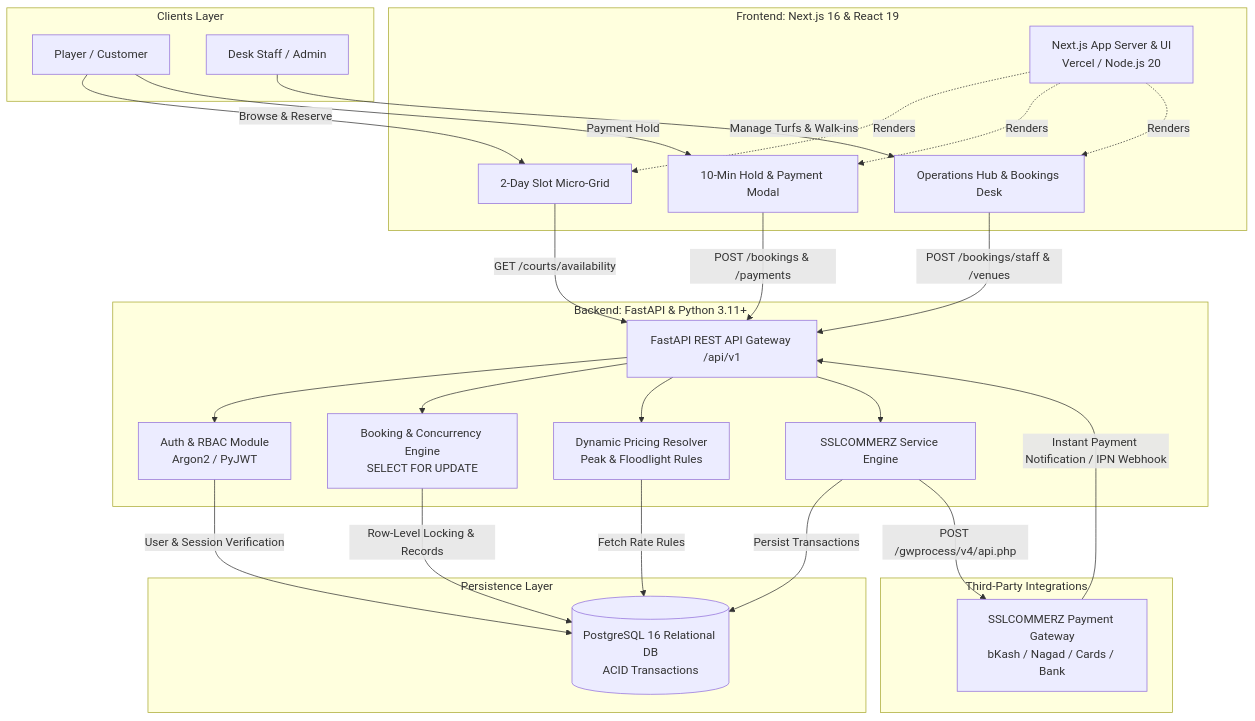
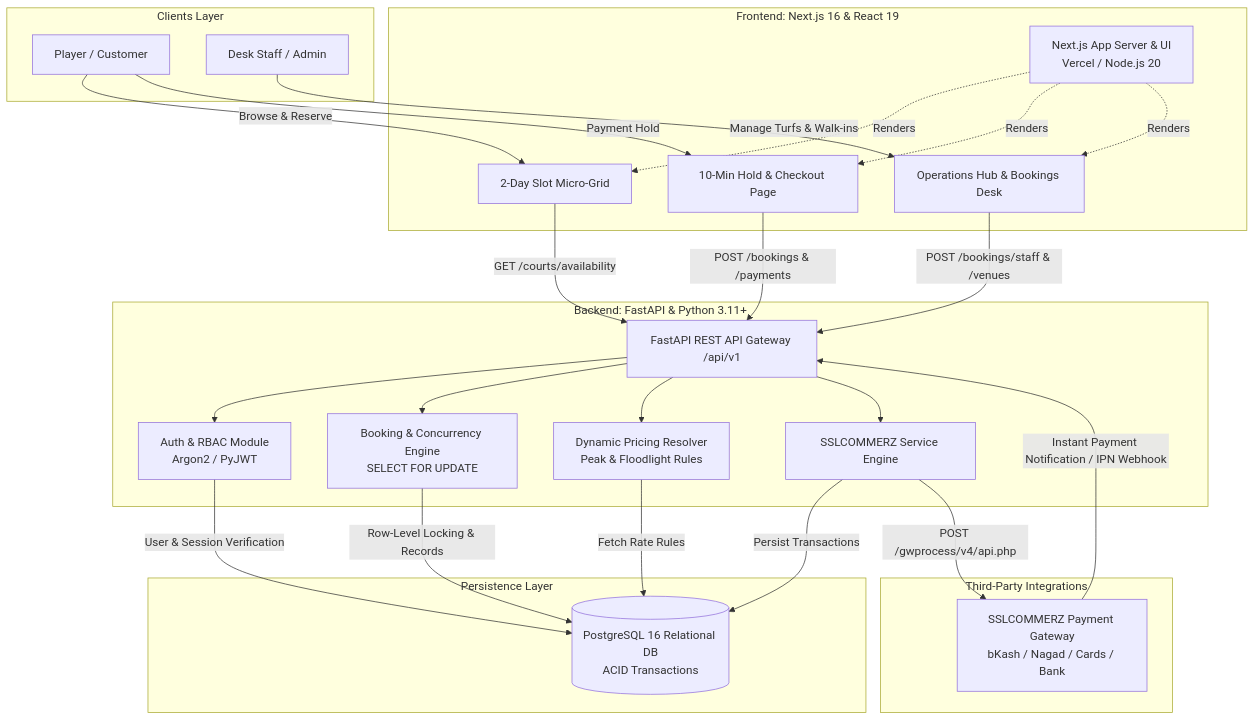
Before and after one commit to CUET-Synesis-IT/turfmate: the first of 7 diagrams in docs/ARCHITECTURE.md, drawn with Mermaid. The commit also changed other lines of this file and 7 other files, not shown here.

````diff
--- a/docs/ARCHITECTURE.md
+++ b/docs/ARCHITECTURE.md
@@ -23,59 +23,59 @@
 ```mermaid
 flowchart TD
     subgraph Clients [Clients Layer]
         Player[Player / Customer]
         StaffUser[Desk Staff / Admin]
     end
 
     subgraph Frontend [Frontend: Next.js 16 & React 19]
         NextApp[Next.js App Server & UI<br/>Vercel / Node.js 20]
         SlotGrid[2-Day Slot Micro-Grid]
-        HoldModal[10-Min Hold & Payment Modal]
+        CheckoutPage[10-Min Hold & Checkout Page]
         AdminHub[Operations Hub & Bookings Desk]
     end
 
     subgraph API_Tier [Backend: FastAPI & Python 3.11+]
         APIRouter[FastAPI REST API Gateway /api/v1]
         AuthEngine[Auth & RBAC Module<br/>Argon2 / PyJWT]
         BookingEngine[Booking & Concurrency Engine<br/>SELECT FOR UPDATE]
         PricingEngine[Dynamic Pricing Resolver<br/>Peak & Floodlight Rules]
         PaymentEngine[SSLCOMMERZ Service Engine]
     end
 
     subgraph Data_Tier [Persistence Layer]
         Postgres[(PostgreSQL 16 Relational DB<br/>ACID Transactions)]
     end
 
     subgraph External_Gateways [Third-Party Integrations]
         SSLCommerz[SSLCOMMERZ Payment Gateway<br/>bKash / Nagad / Cards / Bank]
     end
 
     %% Client to Frontend UI
     Player -->|Browse & Reserve| SlotGrid
-    Player -->|Payment Hold| HoldModal
+    Player -->|Payment Hold| CheckoutPage
     StaffUser -->|Manage Turfs & Walk-ins| AdminHub
     NextApp -.->|Renders| SlotGrid
-    NextApp -.->|Renders| HoldModal
+    NextApp -.->|Renders| CheckoutPage
     NextApp -.->|Renders| AdminHub
 
     %% Frontend to API Gateway
     SlotGrid -->|GET /courts/availability| APIRouter
-    HoldModal -->|POST /bookings & /payments| APIRouter
+    CheckoutPage -->|POST /bookings & /payments| APIRouter
     AdminHub -->|POST /bookings/staff & /venues| APIRouter
 
     %% API Gateway to Modules
     APIRouter --> AuthEngine
     APIRouter --> BookingEngine
     APIRouter --> PricingEngine
     APIRouter --> PaymentEngine
 
     %% Modules to Database
     AuthEngine -->|User & Session Verification| Postgres
     BookingEngine -->|Row-Level Locking & Records| Postgres
     PricingEngine -->|Fetch Rate Rules| Postgres
     PaymentEngine -->|Persist Transactions| Postgres
 
     %% Payment Integration
     PaymentEngine -->|POST /gwprocess/v4/api.php| SSLCommerz
     SSLCommerz -->|Instant Payment Notification / IPN Webhook| APIRouter
 ```
````
